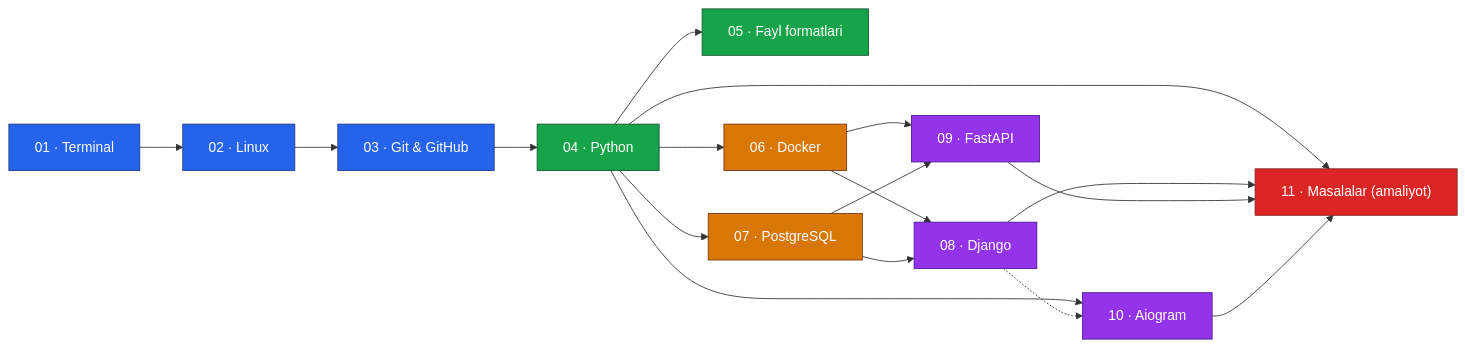
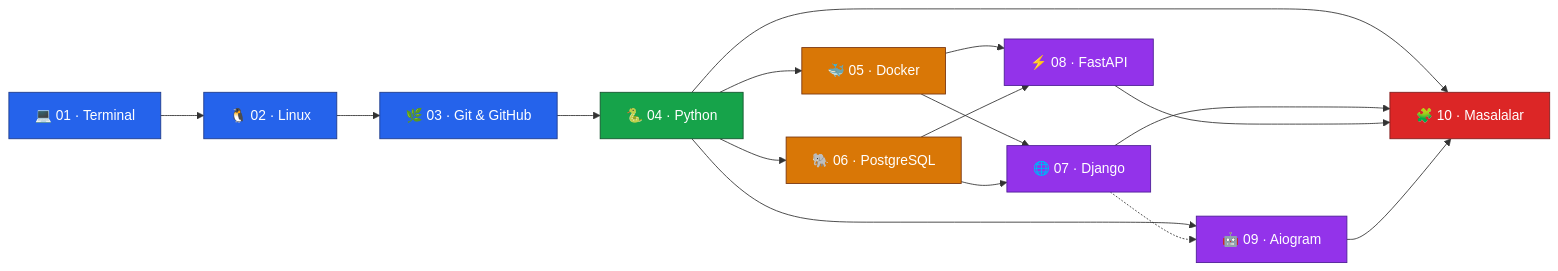
Before and after one commit to shamsiyevshamsiddin19/TUTORIAL: the diagram in README.md, drawn with Mermaid. The commit also changed other lines of this file and 1365 other files, not shown here.

````diff
--- a/README.md
+++ b/README.md
@@ -19,31 +29,30 @@
 ```mermaid
 graph LR
-    A["01 · Terminal"] --> B["02 · Linux"]
-    B --> C["03 · Git & GitHub"]
-    C --> D["04 · Python"]
-    D --> E["05 · Fayl formatlari"]
-    D --> F["06 · Docker"]
-    D --> G["07 · PostgreSQL"]
-    F --> H["08 · Django"]
+    A["💻 01 · Terminal"] --> B["🐧 02 · Linux"]
+    B --> C["🌿 03 · Git & GitHub"]
+    C --> D["🐍 04 · Python"]
+    D --> F["🐳 05 · Docker"]
+    D --> G["🐘 06 · PostgreSQL"]
+    F --> H["🌐 07 · Django"]
     G --> H
-    F --> I["09 · FastAPI"]
+    F --> I["⚡ 08 · FastAPI"]
     G --> I
-    D --> J["10 · Aiogram"]
+    D --> J["🤖 09 · Aiogram"]
     H -.-> J
-    D --> K["11 · Masalalar (amaliyot)"]
+    D --> K["🧩 10 · Masalalar"]
     H --> K
     I --> K
     J --> K
 
     classDef base fill:#2563eb,stroke:#1e3a8a,color:#fff
     classDef core fill:#16a34a,stroke:#14532d,color:#fff
     classDef infra fill:#d97706,stroke:#78350f,color:#fff
     classDef web fill:#9333ea,stroke:#4c1d95,color:#fff
     classDef practice fill:#dc2626,stroke:#7f1d1d,color:#fff
 
     class A,B,C base
-    class D,E core
+    class D core
     class F,G infra
     class H,I,J web
     class K practice
 ```
````
